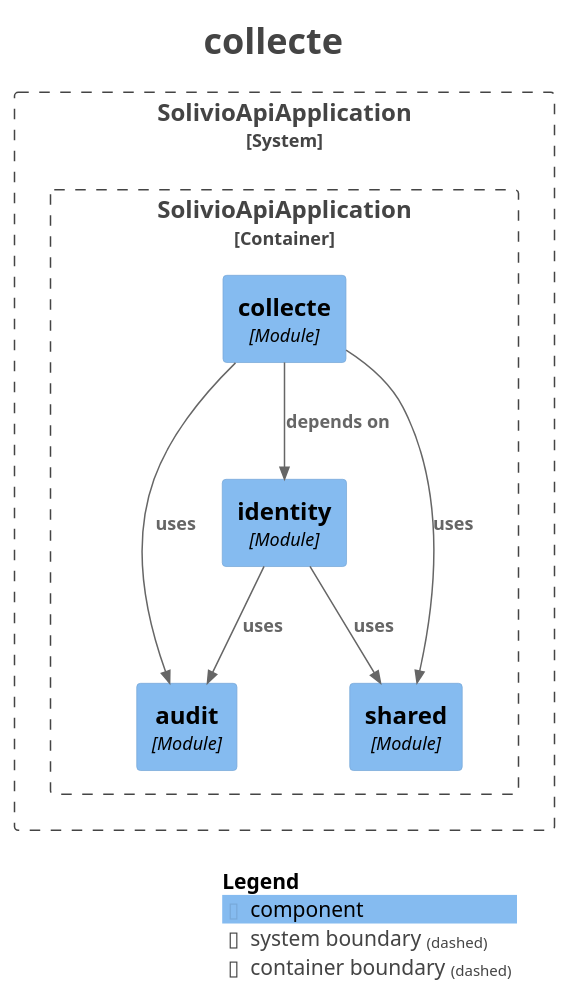
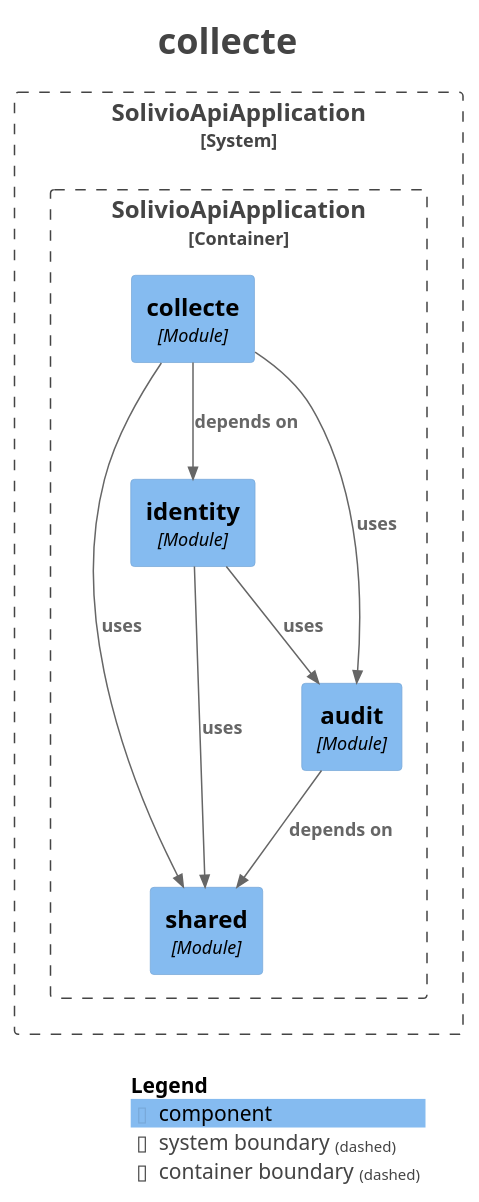
The diagram in docs/modules/module-collecte.puml (Joello61/solivio), drawn with PlantUML before and after one commit. The commit also changed 40 other files, not shown here.

```diff
--- a/docs/modules/module-collecte.puml
+++ b/docs/modules/module-collecte.puml
@@ -1,36 +1,37 @@
 @startuml
 title <size:24>collecte</size>
 
 set separator none
 top to bottom direction
 
 <style>
   root {
     BackgroundColor: #ffffff
     FontColor: #444444
   }
 </style>
 
 !include <C4/C4>
 !include <C4/C4_Context>
 !include <C4/C4_Component>
 
 System_Boundary("SolivioApiApplication_boundary", "SolivioApiApplication", $tags="") {
   Container_Boundary("SolivioApiApplication.SolivioApiApplication_boundary", "SolivioApiApplication", $tags="") {
+    Component(SolivioApiApplication.SolivioApiApplication.shared, "shared", $techn="Module", $descr="", $tags="", $link="")
     Component(SolivioApiApplication.SolivioApiApplication.audit, "audit", $techn="Module", $descr="", $tags="", $link="")
-    Component(SolivioApiApplication.SolivioApiApplication.shared, "shared", $techn="Module", $descr="", $tags="", $link="")
     Component(SolivioApiApplication.SolivioApiApplication.identity, "identity", $techn="Module", $descr="", $tags="", $link="")
     Component(SolivioApiApplication.SolivioApiApplication.collecte, "collecte", $techn="Module", $descr="", $tags="", $link="")
   }
 
 }
 
-Rel(SolivioApiApplication.SolivioApiApplication.identity, SolivioApiApplication.SolivioApiApplication.shared, "uses", $techn="", $tags="", $link="")
-Rel(SolivioApiApplication.SolivioApiApplication.identity, SolivioApiApplication.SolivioApiApplication.audit, "uses", $techn="", $tags="", $link="")
 Rel(SolivioApiApplication.SolivioApiApplication.collecte, SolivioApiApplication.SolivioApiApplication.identity, "depends on", $techn="", $tags="", $link="")
 Rel(SolivioApiApplication.SolivioApiApplication.collecte, SolivioApiApplication.SolivioApiApplication.shared, "uses", $techn="", $tags="", $link="")
 Rel(SolivioApiApplication.SolivioApiApplication.collecte, SolivioApiApplication.SolivioApiApplication.audit, "uses", $techn="", $tags="", $link="")
+Rel(SolivioApiApplication.SolivioApiApplication.audit, SolivioApiApplication.SolivioApiApplication.shared, "depends on", $techn="", $tags="", $link="")
+Rel(SolivioApiApplication.SolivioApiApplication.identity, SolivioApiApplication.SolivioApiApplication.audit, "uses", $techn="", $tags="", $link="")
+Rel(SolivioApiApplication.SolivioApiApplication.identity, SolivioApiApplication.SolivioApiApplication.shared, "uses", $techn="", $tags="", $link="")
 
 SHOW_LEGEND(true)
 hide stereotypes
 @enduml
```
